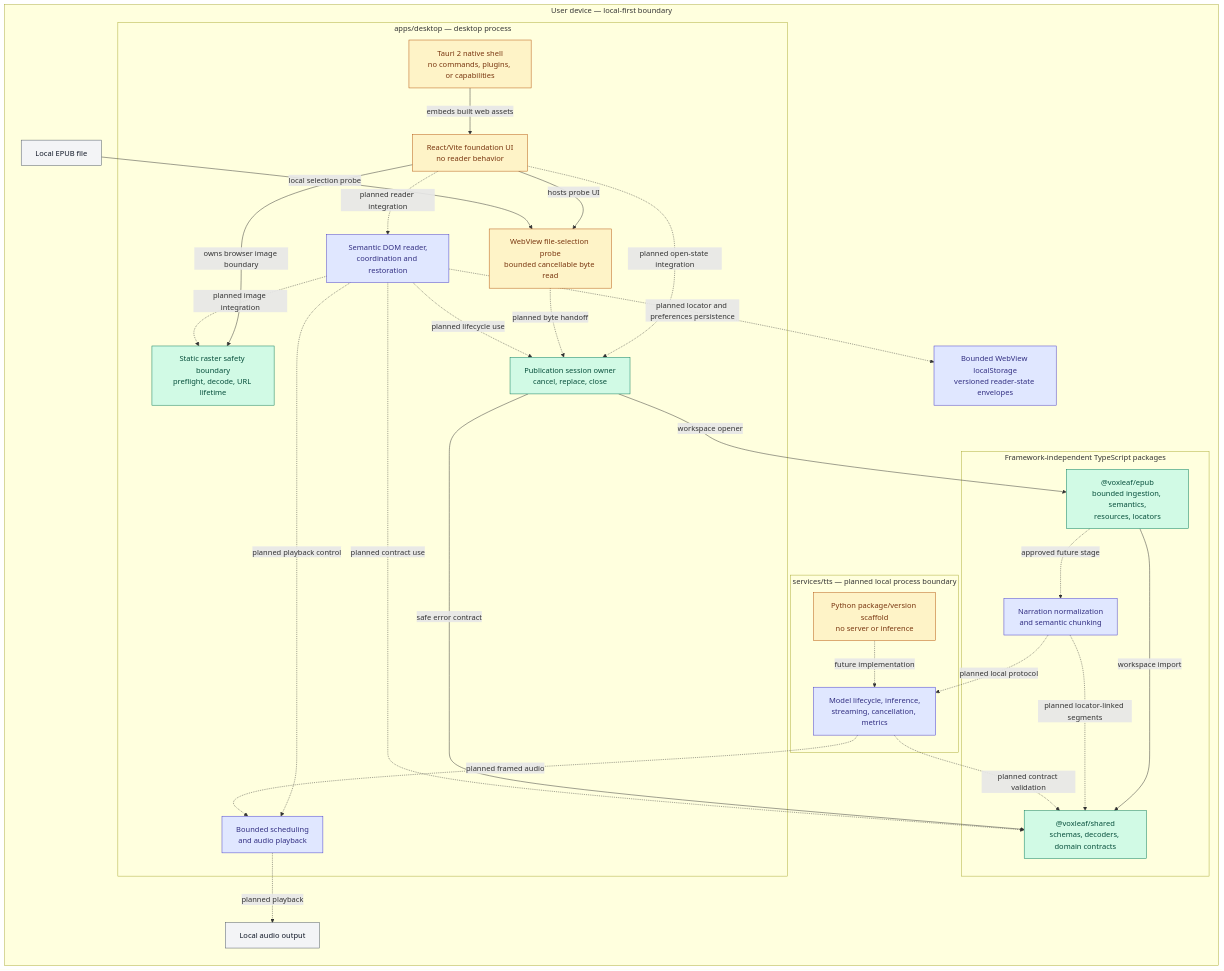
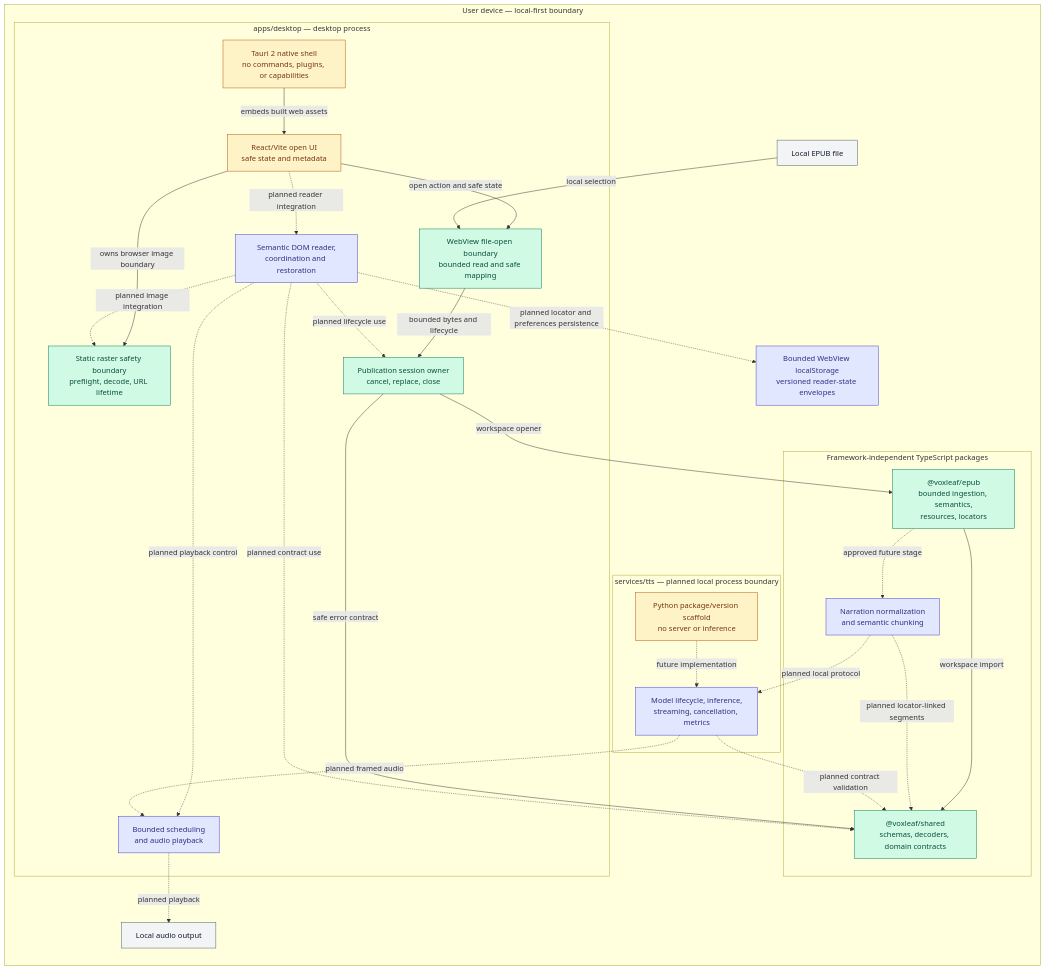
The first of 2 diagrams in docs/architecture/system-diagram.md (mmjosedaniel/voxleaf), drawn with Mermaid before and after one commit. The commit also changed other lines of this file and 12 other files, not shown here.

Commit message:
feat(desktop): implement local EPUB open flow (#51)

````diff
--- a/docs/architecture/system-diagram.md
+++ b/docs/architecture/system-diagram.md
@@ -24,57 +24,56 @@
 ```mermaid
 flowchart LR
   classDef implemented fill:#d1fae5,stroke:#047857,color:#064e3b
   classDef partial fill:#fef3c7,stroke:#b45309,color:#78350f
   classDef planned fill:#e0e7ff,stroke:#4338ca,color:#312e81
   classDef external fill:#f3f4f6,stroke:#4b5563,color:#111827
 
   subgraph device["User device — local-first boundary"]
     epubFile["Local EPUB file"]:::external
     audioDevice["Local audio output"]:::external
     readingStore["Bounded WebView localStorage<br/>versioned reader-state envelopes"]:::planned
 
     subgraph desktop["apps/desktop — desktop process"]
       nativeShell["Tauri 2 native shell<br/>no commands, plugins, or capabilities"]:::partial
-      webShell["React/Vite foundation UI<br/>no reader behavior"]:::partial
-      fileBoundary["WebView file-selection probe<br/>bounded cancellable byte read"]:::partial
+      webShell["React/Vite open UI<br/>safe state and metadata"]:::partial
+      fileBoundary["WebView file-open boundary<br/>bounded read and safe mapping"]:::implemented
       rasterBoundary["Static raster safety boundary<br/>preflight, decode, URL lifetime"]:::implemented
       publicationSession["Publication session owner<br/>cancel, replace, close"]:::implemented
       reader["Semantic DOM reader,<br/>coordination and restoration"]:::planned
       player["Bounded scheduling<br/>and audio playback"]:::planned
       nativeShell -->|embeds built web assets| webShell
-      webShell -->|hosts probe UI| fileBoundary
+      webShell -->|open action and safe state| fileBoundary
       webShell -->|owns browser image boundary| rasterBoundary
-      webShell -. planned open-state integration .-> publicationSession
       webShell -. planned reader integration .-> reader
-      fileBoundary -. planned byte handoff .-> publicationSession
+      fileBoundary -->|bounded bytes and lifecycle| publicationSession
       reader -. planned lifecycle use .-> publicationSession
       reader -. planned image integration .-> rasterBoundary
       reader -. planned playback control .-> player
     end
 
     subgraph libraries["Framework-independent TypeScript packages"]
       shared["@voxleaf/shared<br/>schemas, decoders, domain contracts"]:::implemented
       epub["@voxleaf/epub<br/>bounded ingestion, semantics,<br/>resources, locators"]:::implemented
       narration["Narration normalization<br/>and semantic chunking"]:::planned
       epub -->|workspace import| shared
       epub -. approved future stage .-> narration
     end
 
     subgraph tts["services/tts — planned local process boundary"]
       ttsFoundation["Python package/version scaffold<br/>no server or inference"]:::partial
       ttsRuntime["Model lifecycle, inference,<br/>streaming, cancellation, metrics"]:::planned
       ttsFoundation -. future implementation .-> ttsRuntime
     end
   end
 
-  epubFile -->|local selection probe| fileBoundary
+  epubFile -->|local selection| fileBoundary
   publicationSession -->|workspace opener| epub
   publicationSession -->|safe error contract| shared
   reader -. planned contract use .-> shared
   reader -. planned locator and preferences persistence .-> readingStore
   narration -. planned locator-linked segments .-> shared
   narration -. planned local protocol .-> ttsRuntime
   ttsRuntime -. planned contract validation .-> shared
   ttsRuntime -. planned framed audio .-> player
   player -. planned playback .-> audioDevice
 ```
````
